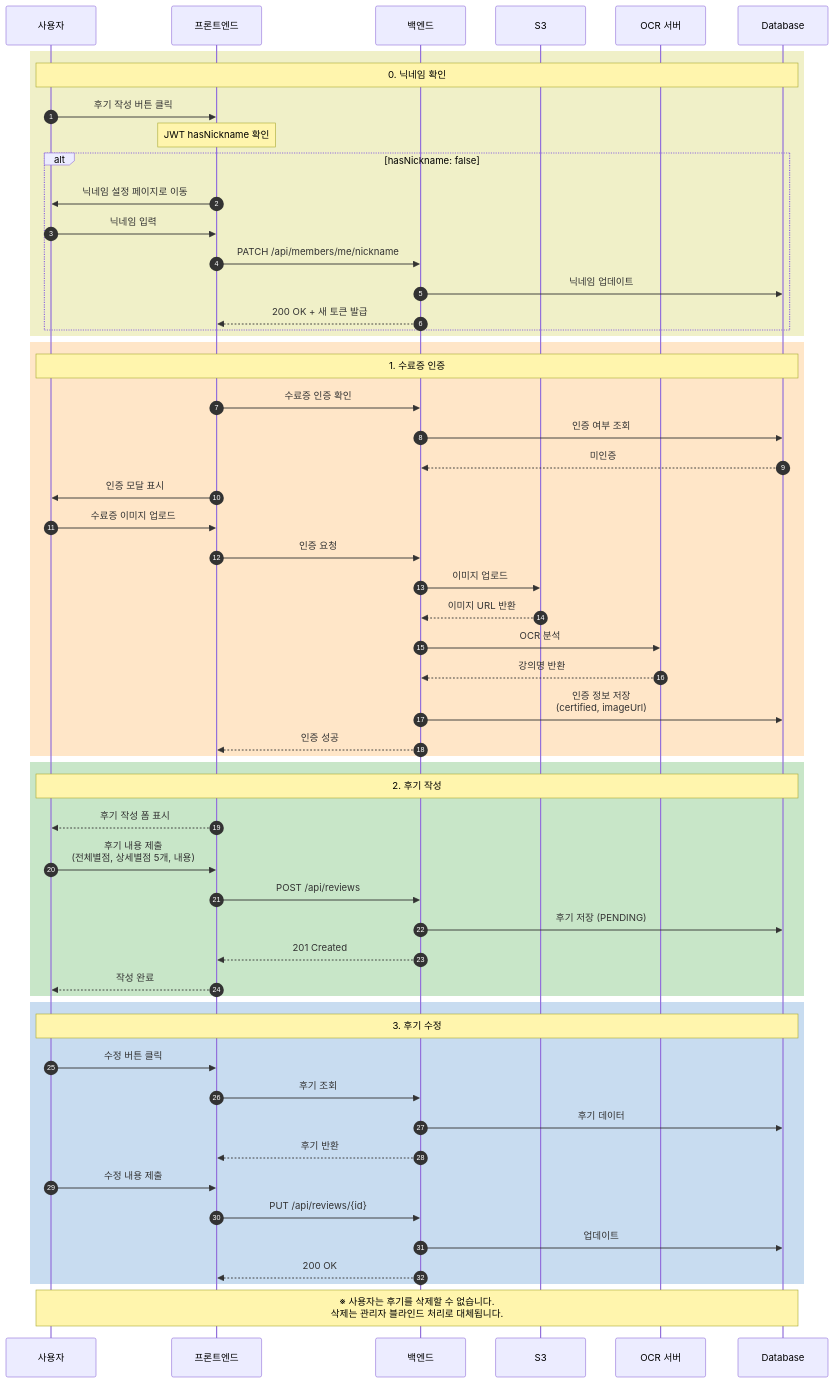
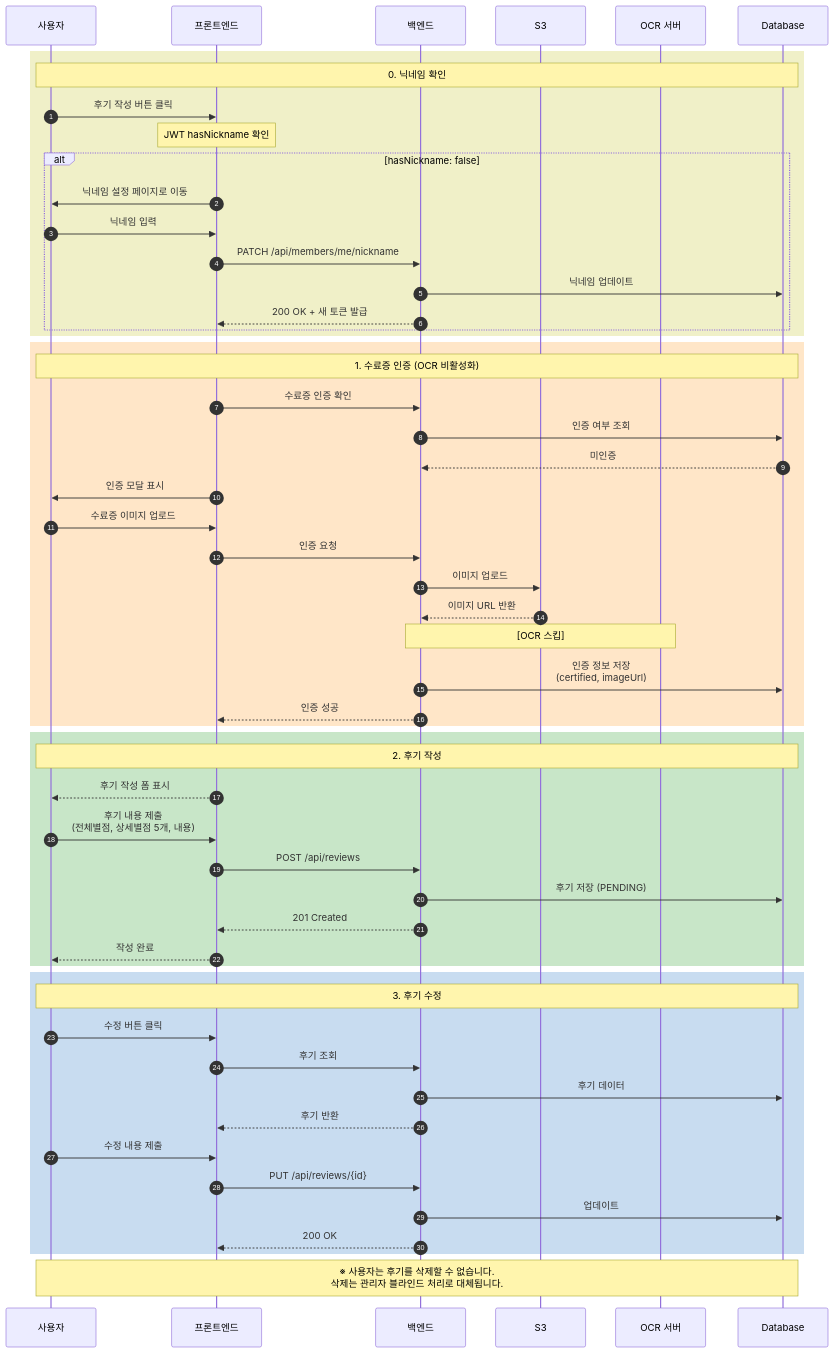
The fifth of 5 diagrams in features/review/sequence/review_diagram.md (sw-campus/sw-campus-docs), drawn with Mermaid before and after one commit. The commit also changed other lines of this file and 2 other files, not shown here.

First line of the commit message:
docs: OCR 비활성화 관련 문서 업데이트

````diff
--- a/features/review/sequence/review_diagram.md
+++ b/features/review/sequence/review_diagram.md
@@ -167,63 +163,62 @@
 ```mermaid
 sequenceDiagram
     autonumber
     participant User as 사용자
     participant Frontend as 프론트엔드
     participant Backend as 백엔드
     participant S3 as S3
     participant OCR as OCR 서버
     participant DB as Database
 
     rect rgb(240, 240, 200)
         Note over User, DB: 0. 닉네임 확인
         User->>Frontend: 후기 작성 버튼 클릭
         Note over Frontend: JWT hasNickname 확인
         alt hasNickname: false
             Frontend->>User: 닉네임 설정 페이지로 이동
             User->>Frontend: 닉네임 입력
             Frontend->>Backend: PATCH /api/members/me/nickname
             Backend->>DB: 닉네임 업데이트
             Backend-->>Frontend: 200 OK + 새 토큰 발급
         end
     end
 
     rect rgb(255, 230, 200)
-        Note over User, DB: 1. 수료증 인증
+        Note over User, DB: 1. 수료증 인증 (OCR 비활성화)
         Frontend->>Backend: 수료증 인증 확인
         Backend->>DB: 인증 여부 조회
         DB-->>Backend: 미인증
         Frontend->>User: 인증 모달 표시
         User->>Frontend: 수료증 이미지 업로드
         Frontend->>Backend: 인증 요청
         Backend->>S3: 이미지 업로드
         S3-->>Backend: 이미지 URL 반환
-        Backend->>OCR: OCR 분석
-        OCR-->>Backend: 강의명 반환
+        Note over Backend,OCR: [OCR 스킵]
         Backend->>DB: 인증 정보 저장<br/>(certified, imageUrl)
         Backend-->>Frontend: 인증 성공
     end
 
     rect rgb(200, 230, 200)
         Note over User, DB: 2. 후기 작성
         Frontend-->>User: 후기 작성 폼 표시
         User->>Frontend: 후기 내용 제출<br/>(전체별점, 상세별점 5개, 내용)
         Frontend->>Backend: POST /api/reviews
         Backend->>DB: 후기 저장 (PENDING)
         Backend-->>Frontend: 201 Created
         Frontend-->>User: 작성 완료
     end
 
     rect rgb(200, 220, 240)
         Note over User, DB: 3. 후기 수정
         User->>Frontend: 수정 버튼 클릭
         Frontend->>Backend: 후기 조회
         Backend->>DB: 후기 데이터
         Backend-->>Frontend: 후기 반환
         User->>Frontend: 수정 내용 제출
         Frontend->>Backend: PUT /api/reviews/{id}
         Backend->>DB: 업데이트
         Backend-->>Frontend: 200 OK
     end
 
     Note over User, DB: ※ 사용자는 후기를 삭제할 수 없습니다.<br/>삭제는 관리자 블라인드 처리로 대체됩니다.
 ```
````
